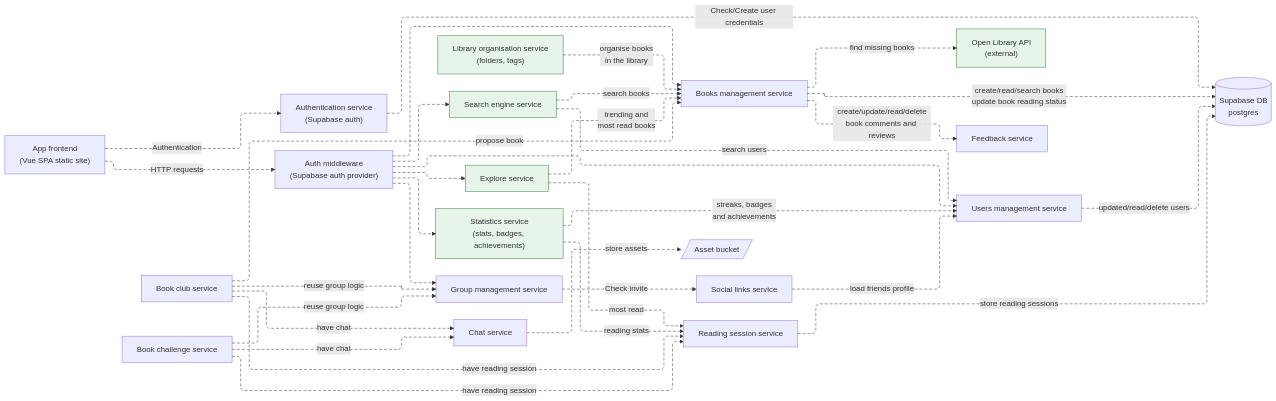
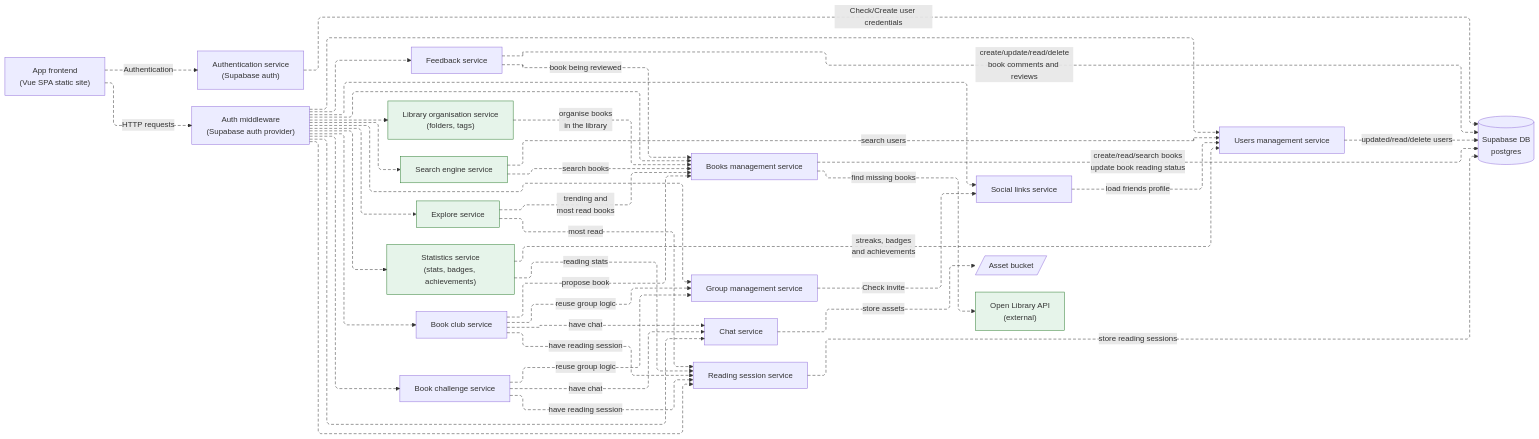
Before and after one commit to MESW-LES-2627/les-project-group-6: the third of 3 diagrams in docs/design.md, drawn with Mermaid. The commit also changed other lines of this file and 3 other files, not shown here.

First line of the commit message:
docs: fix dependency directions in iteration 2 component diagram

````diff
--- a/docs/design.md
+++ b/docs/design.md
@@ -450,73 +450,81 @@
 ```mermaid
 ---
 config:
   layout: elk
   elk:
     nodePlacementStrategy: NETWORK_SIMPLEX
   flowchart:
     curve: linear
 ---
 flowchart LR
     FE["App frontend<br/>(Vue SPA static site)"]
     AUTH["Authentication service<br/>(Supabase auth)"]
     MW["Auth middleware<br/>(Supabase auth provider)"]
     DB[("Supabase DB<br/>postgres")]
     BUCKET[/"Asset bucket"/]
     OL["Open Library API<br/>(external)"]
 
     BM["Books management service"]
     FB["Feedback service"]
     LO["Library organisation service<br/>(folders, tags)"]
     SE["Search engine service"]
     EX["Explore service"]
     ST["Statistics service<br/>(stats, badges, achievements)"]
     GM["Group management service"]
     CH["Chat service"]
     SL["Social links service"]
     UM["Users management service"]
     RS["Reading session service"]
     BC["Book club service"]
     BCH["Book challenge service"]
 
     FE -. "Authentication" .-> AUTH
     FE -. "HTTP requests" .-> MW
     AUTH -. "Check/Create user credentials" .-> DB
 
     MW -.-> BM
     MW -.-> GM
     MW -.-> UM
     MW -.-> SE
     MW -.-> EX
     MW -.-> ST
+    MW -.-> LO
+    MW -.-> FB
+    MW -.-> RS
+    MW -.-> CH
+    MW -.-> SL
+    MW -.-> BC
+    MW -.-> BCH
 
     BM -. "create/read/search books<br/>update book reading status" .-> DB
     BM -. "find missing books" .-> OL
-    BM -. "create/update/read/delete<br/>book comments and reviews" .-> FB
+    FB -. "book being reviewed" .-> BM
+    FB -. "create/update/read/delete<br/>book comments and reviews" .-> DB
     LO -. "organise books<br/>in the library" .-> BM
 
     SE -. "search books" .-> BM
     SE -. "search users" .-> UM
     EX -. "trending and<br/>most read books" .-> BM
     EX -. "most read" .-> RS
 
     RS -. "store reading sessions" .-> DB
     ST -. "reading stats" .-> RS
     ST -. "streaks, badges<br/>and achievements" .-> UM
 
     CH -. "store assets" .-> BUCKET
     GM -. "Check invite" .-> SL
     SL -. "load friends profile" .-> UM
     UM -. "updated/read/delete users" .-> DB
 
     BC -. "propose book" .-> BM
     BC -. "have reading session" .-> RS
     BCH -. "have reading session" .-> RS
     BC -. "have chat" .-> CH
     BCH -. "have chat" .-> CH
     BC -. "reuse group logic" .-> GM
     BCH -. "reuse group logic" .-> GM
 
     classDef new fill:#e6f4ea,stroke:#2e7d32
     class LO,SE,EX,ST,OL new
     linkStyle default stroke-dasharray:6 4
 ```
````
